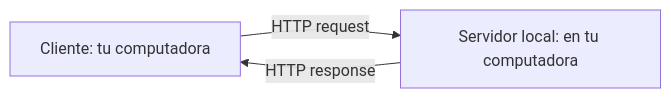
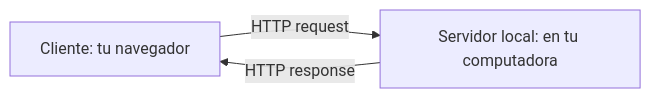
The second of 6 diagrams in src/content/docs/01-fundamentos-tecnologicos/04-frontend-backend.md (harrysxavio/gentle-ai-manual), drawn with Mermaid before and after one commit. The commit also changed other lines of this file and 1 other file, not shown here.

````diff
--- a/src/content/docs/01-fundamentos-tecnologicos/04-frontend-backend.md
+++ b/src/content/docs/01-fundamentos-tecnologicos/04-frontend-backend.md
@@ -96,5 +96,5 @@
 ```mermaid
 flowchart LR
-    C["Cliente: tu computadora"] -->|"HTTP request"| S["Servidor local: en tu computadora"]
+    C["Cliente: tu navegador"] -->|"HTTP request"| S["Servidor local: en tu computadora"]
     S -->|"HTTP response"| C
 ```
````
